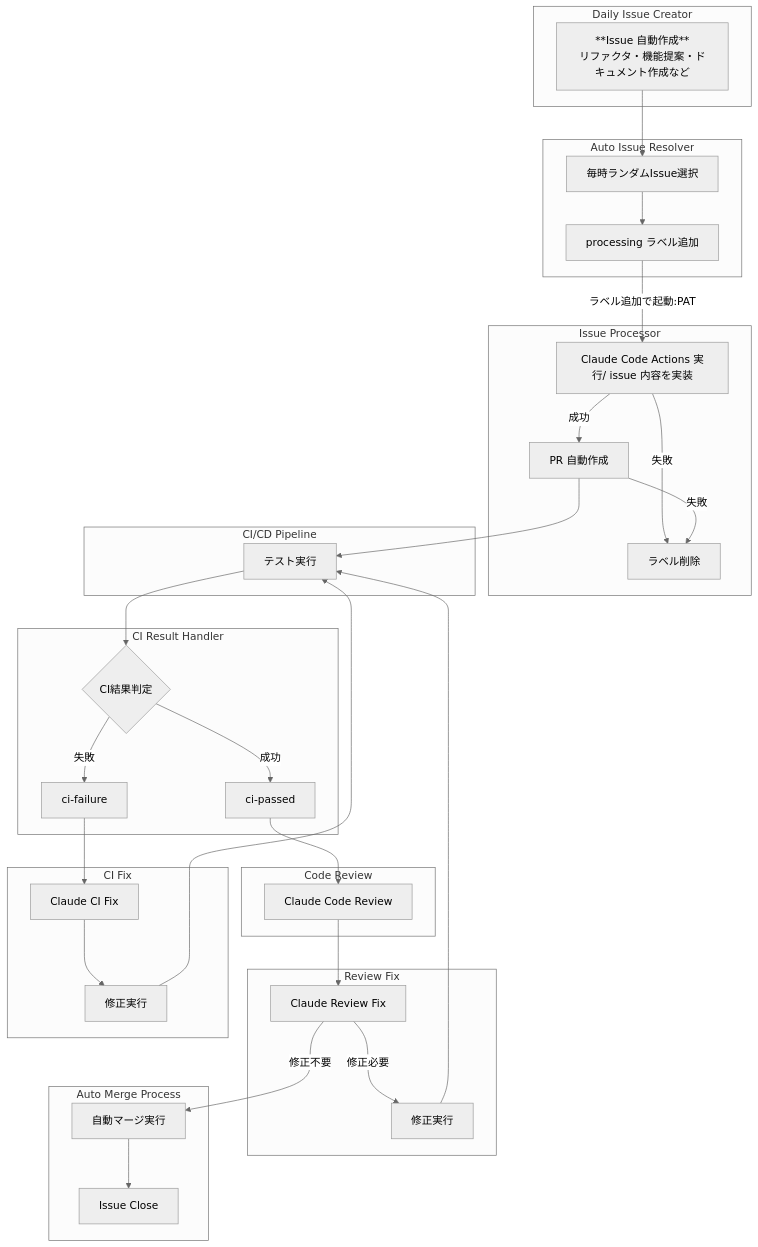
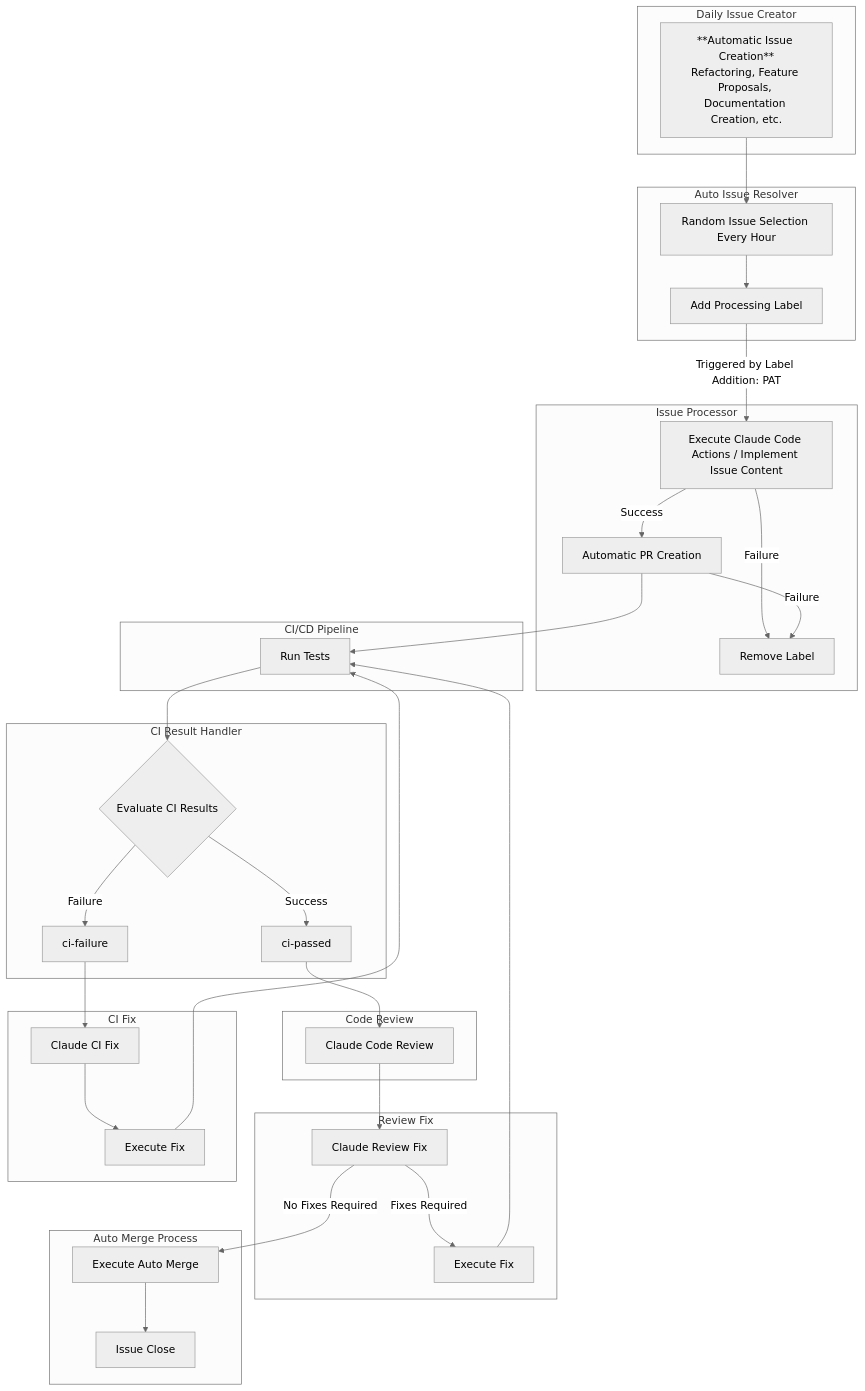
One commit to azumag/cca-auto-workflows changed the first of 5 diagrams in README.md. Above: the diagram before and after it, drawn with Mermaid (neutral theme).

Commit message:
Translate mermaid diagrams from Japanese to English
- Updated main workflow overview diagram to use English labels
- Translated all node descriptions and connection annotations
- Improved accessibility for English-speaking contributors

````diff
--- a/README.md
+++ b/README.md
@@ -26,67 +26,67 @@
 ```mermaid
 graph TD
     subgraph DAILY ["Daily Issue Creator"]
-        A["**Issue 自動作成**<br>リファクタ・機能提案・ドキュメント作成など"]
+        A["**Automatic Issue Creation**<br>Refactoring, Feature Proposals, Documentation Creation, etc."]
     end
     
     subgraph RESOLVER ["Auto Issue Resolver"]
-        B["毎時ランダムIssue選択"]
-        C["processing ラベル追加"]
+        B["Random Issue Selection Every Hour"]
+        C["Add Processing Label"]
     end
     
     subgraph PROCESSOR ["Issue Processor"]
-        D["Claude Code Actions 実行/ issue 内容を実装"]
-        E["ラベル削除"]
-        H["PR 自動作成"]
+        D["Execute Claude Code Actions / Implement Issue Content"]
+        E["Remove Label"]
+        H["Automatic PR Creation"]
     end
     
     subgraph CI ["CI/CD Pipeline"]
-        J["テスト実行"]
+        J["Run Tests"]
     end
     
     subgraph HANDLER ["CI Result Handler"]
-        M{"CI結果判定"}
+        M{"Evaluate CI Results"}
         N["ci-passed"]
         O["ci-failure"]
     end
     
     subgraph REVIEW ["Code Review"]
         P["Claude Code Review"]
     end
     
     subgraph FIX ["Review Fix"]
         R["Claude Review Fix"]
-        S["修正実行"]
+        S["Execute Fix"]
     end
     
     subgraph MERGE ["Auto Merge Process"]
-        U["自動マージ実行"]
+        U["Execute Auto Merge"]
         V["Issue Close"]
     end
     
     subgraph CIFIX ["CI Fix"]
         W["Claude CI Fix"]
-        X["修正実行"]
+        X["Execute Fix"]
     end
     
     A --> B
     B --> C
-    C -->|ラベル追加で起動:PAT| D
-    D -->|失敗| E
-    D -->|成功| H
-    H -->|失敗| E
+    C -->|Triggered by Label Addition: PAT| D
+    D -->|Failure| E
+    D -->|Success| H
+    H -->|Failure| E
     H --> J
     J --> M
-    M -->|成功| N
-    M -->|失敗| O
+    M -->|Success| N
+    M -->|Failure| O
     N --> P
     P --> R
-    R -->|修正必要| S
-    R -->|修正不要| U
+    R -->|Fixes Required| S
+    R -->|No Fixes Required| U
     S --> J
     U --> V
     O --> W
     W --> X
     X --> J
     
 ```
````
